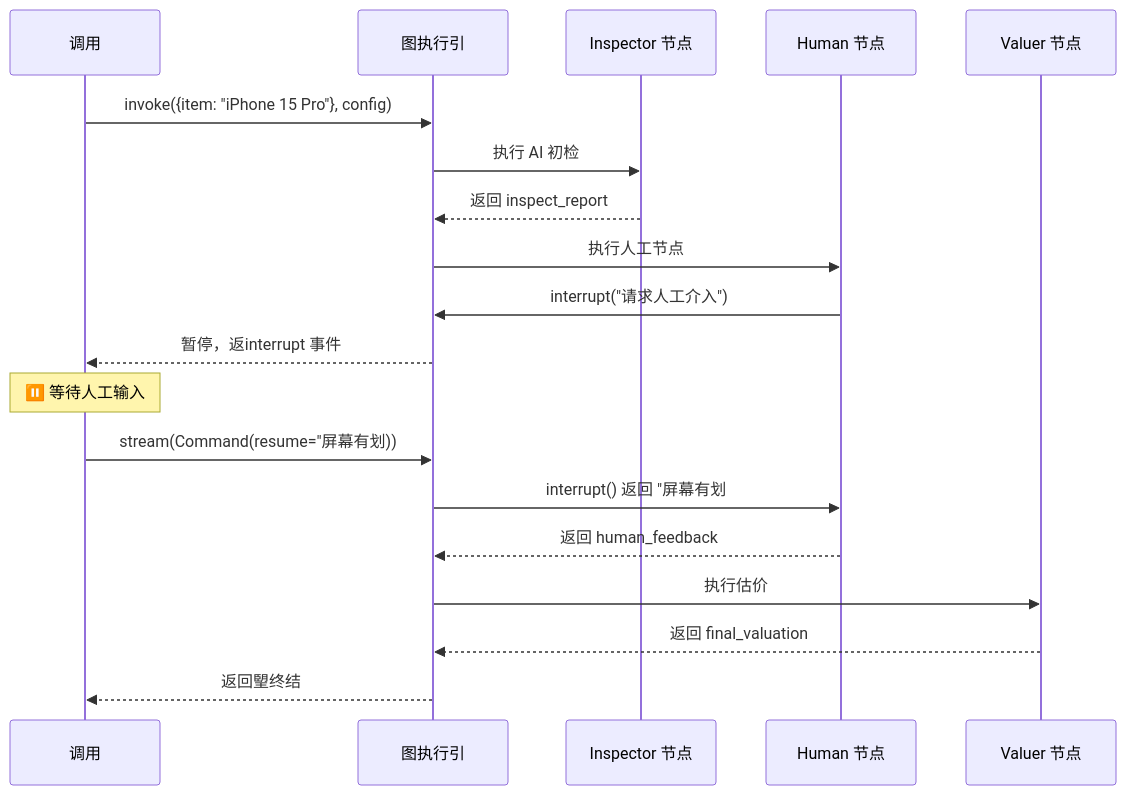
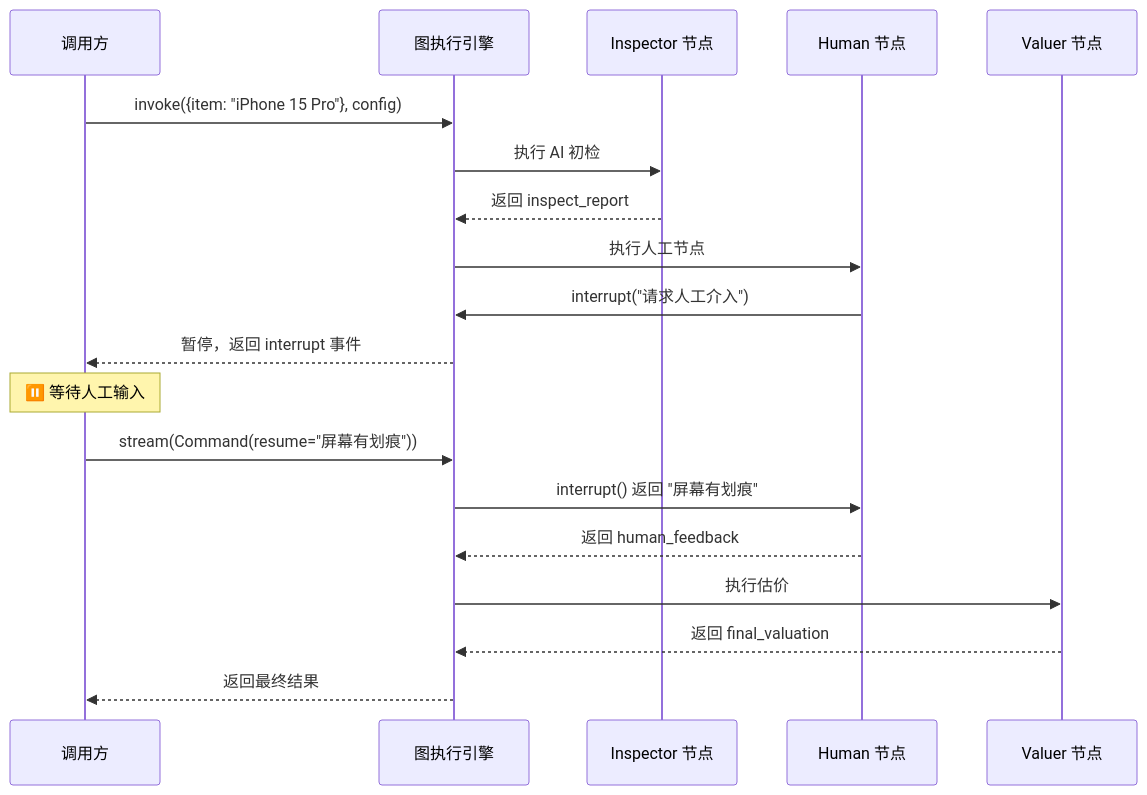
The fifth of 8 diagrams in 02-开发框架与平台/LangGraph/03-持久化与人工干预.md (shuh-ai/agent-dev-guide), drawn with Mermaid before and after one commit. The commit also changed other lines of this file and 9 other files, not shown here.

Commit message:
fix：细化核心图表及相关描述，提升逻辑清晰度

````diff
--- a/02-开发框架与平台/LangGraph/03-持久化与人工干预.md
+++ b/02-开发框架与平台/LangGraph/03-持久化与人工干预.md
@@ -312,23 +312,23 @@
 ```mermaid
 sequenceDiagram
-    participant User as 调用
-    participant Graph as 图执行引
+    participant User as 调用方
+    participant Graph as 图执行引擎
     participant Inspector as Inspector 节点
     participant Human as Human 节点
     participant Valuer as Valuer 节点
 
     User->>Graph: invoke({item: "iPhone 15 Pro"}, config)
     Graph->>Inspector: 执行 AI 初检
     Inspector-->>Graph: 返回 inspect_report
     Graph->>Human: 执行人工节点
     Human->>Graph: interrupt("请求人工介入")
-    Graph-->>User: 暂停，返interrupt 事件
+    Graph-->>User: 暂停，返回 interrupt 事件
     Note over User: ⏸️ 等待人工输入
 
-    User->>Graph: stream(Command(resume="屏幕有划))
-    Graph->>Human: interrupt() 返回 "屏幕有划
+    User->>Graph: stream(Command(resume="屏幕有划痕"))
+    Graph->>Human: interrupt() 返回 "屏幕有划痕"
     Human-->>Graph: 返回 human_feedback
     Graph->>Valuer: 执行估价
     Valuer-->>Graph: 返回 final_valuation
-    Graph-->>User: 返回朢终结
+    Graph-->>User: 返回最终结果
 ```
````
